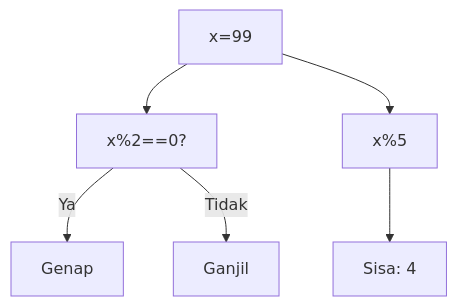
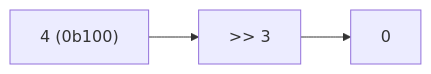
The tenth of 25 diagrams in part-c-pemahaman-cpp/06-bitwise/latihan/set-10.md (amnahwaida/OSNK_INF_PREP), drawn with Mermaid before and after one commit. The commit also changed other lines of this file and 71 other files, not shown here.

````diff
--- a/part-c-pemahaman-cpp/06-bitwise/latihan/set-10.md
+++ b/part-c-pemahaman-cpp/06-bitwise/latihan/set-10.md
@@ -350,8 +259,5 @@
 ```mermaid
-graph TD
-A["x=99"] --> B["x%2==0?"]
-B -- Ya --> C["Genap"]
-B -- Tidak --> D["Ganjil"]
-A --> E["x%5"]
-E --> F["Sisa: 4"]
+graph LR
+A["4 (0b100)"] --> B[">> 3"]
+B --> C["0"]
 ```
````
